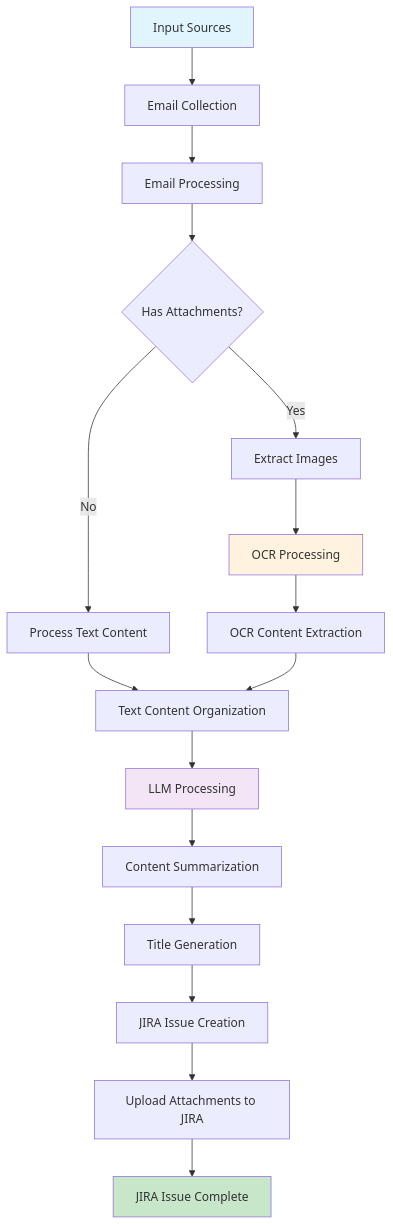
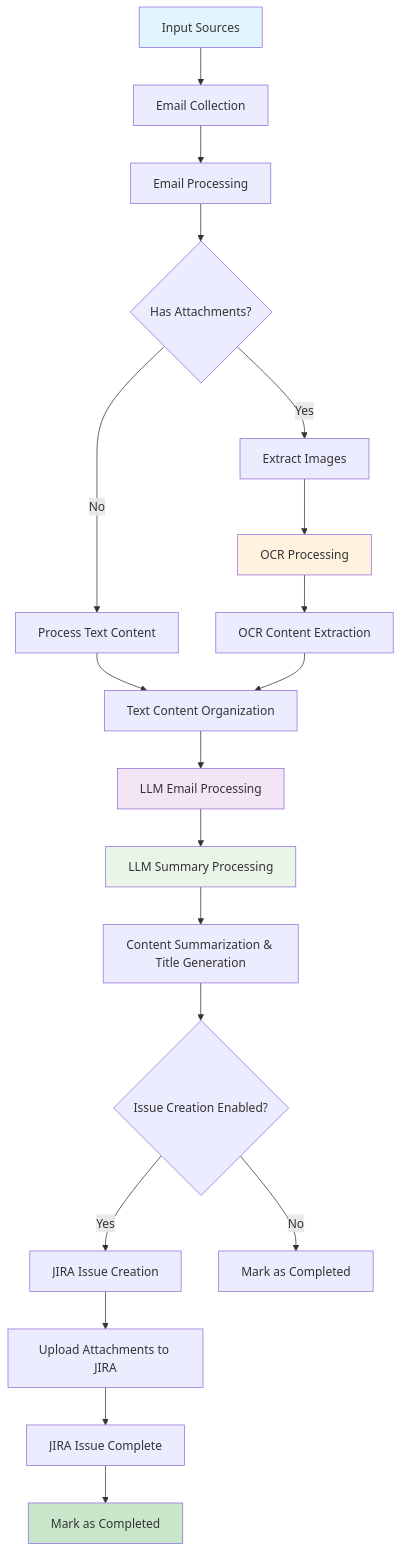
The second of 2 diagrams in README.md (cloud2ai/devify), drawn with Mermaid before and after one commit. The commit also changed other lines of this file and 52 other files, not shown here.

First line of the commit message:
refactor: major state machine architecture overhaul with dev tools

````diff
--- a/README.md
+++ b/README.md
@@ -506,28 +727,33 @@
 ```mermaid
 flowchart TD
     A[Input Sources] --> B[Email Collection]
     B --> C[Email Processing]
     C --> D{Has Attachments?}
 
     D -->|Yes| E[Extract Images]
     D -->|No| F[Process Text Content]
 
     E --> G[OCR Processing]
     G --> H[OCR Content Extraction]
 
     F --> I[Text Content Organization]
     H --> I
 
-    I --> J[LLM Processing]
-    J --> K[Content Summarization]
-    K --> L[Title Generation]
+    I --> J[LLM Email Processing]
+    J --> K[LLM Summary Processing]
+    K --> L[Content Summarization & Title Generation]
 
-    L --> M[JIRA Issue Creation]
-    M --> N[Upload Attachments to JIRA]
-    N --> O[JIRA Issue Complete]
+    L --> M{Issue Creation Enabled?}
+    M -->|Yes| N[JIRA Issue Creation]
+    M -->|No| O[Mark as Completed]
+
+    N --> P[Upload Attachments to JIRA]
+    P --> Q[JIRA Issue Complete]
+    Q --> R[Mark as Completed]
 
     style A fill:#e1f5fe
-    style O fill:#c8e6c9
+    style R fill:#c8e6c9
     style G fill:#fff3e0
     style J fill:#f3e5f5
+    style K fill:#e8f5e8
 ```
````
